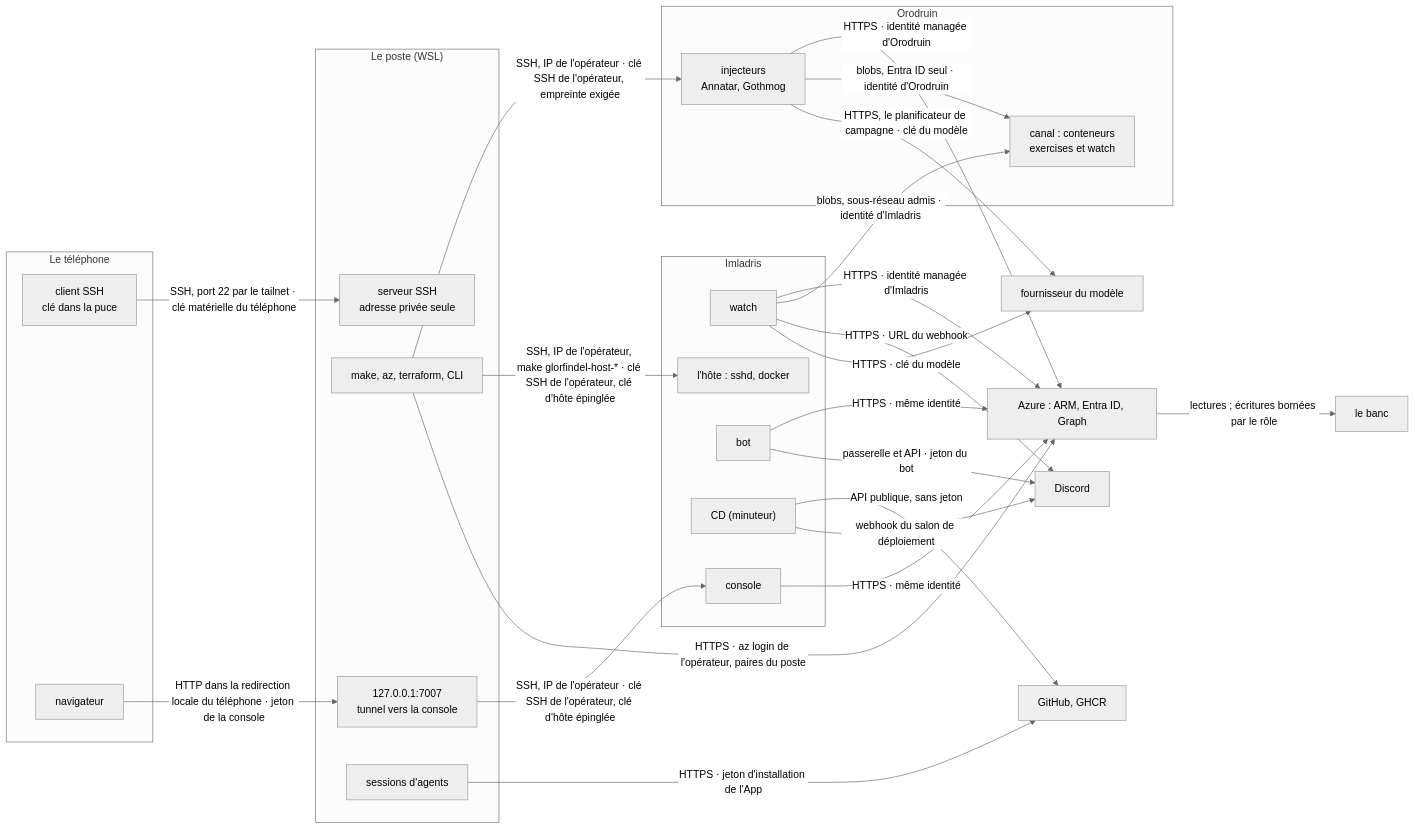
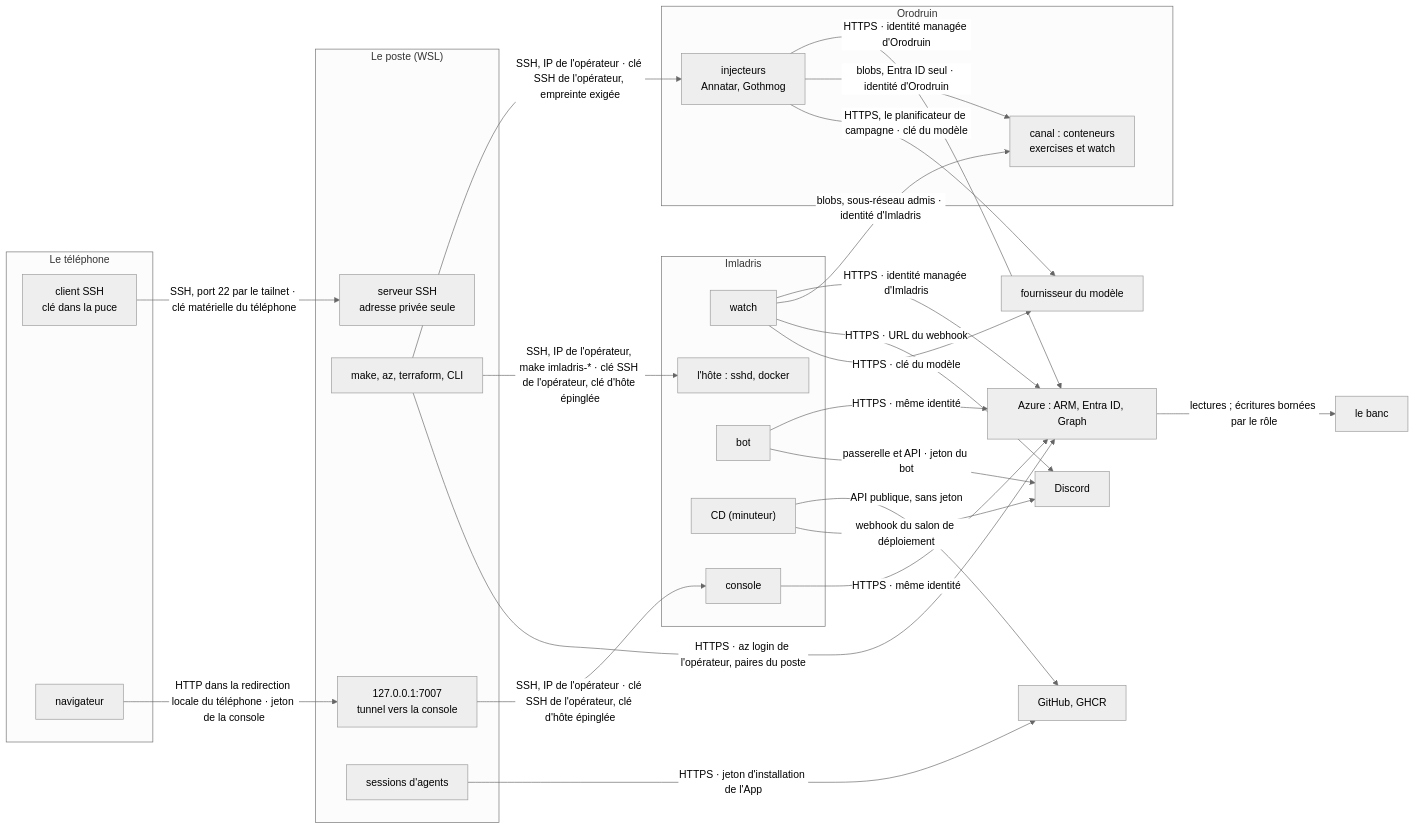
The first of 4 diagrams in docs/design/identites.md (grootcyber/eregion), drawn with Mermaid (neutral theme) before and after one commit. The commit also changed other lines of this file and 96 other files, not shown here.

First line of the commit message:
feat(imladris): toutes les commandes d'Imladris sous make imladris-*, les anciens noms en alias muets (IML1b)

````diff
--- a/docs/design/identites.md
+++ b/docs/design/identites.md
@@ -42,50 +42,50 @@
 ```mermaid
 flowchart LR
   subgraph TEL["Le téléphone"]
     PH["client SSH<br/>clé dans la puce"]
     NAV["navigateur"]
   end
   subgraph POSTE["Le poste (WSL)"]
     SSHD["serveur SSH<br/>adresse privée seule"]
     CLI["make, az, terraform, CLI"]
     TUN["127.0.0.1:7007<br/>tunnel vers la console"]
     SES["sessions d'agents"]
   end
   subgraph IML["Imladris"]
     W["watch"]
     C["console"]
     B["bot"]
     CD["CD (minuteur)"]
     HOSTI["l'hôte : sshd, docker"]
   end
   subgraph ORO["Orodruin"]
     INJ["injecteurs<br/>Annatar, Gothmog"]
     CHAN["canal : conteneurs<br/>exercises et watch"]
   end
   BENCH["le banc"]
   ARM["Azure : ARM, Entra ID, Graph"]
   DISC["Discord"]
   GH["GitHub, GHCR"]
   LLM["fournisseur du modèle"]
 
   PH -->|"SSH, port 22 par le tailnet · clé matérielle du téléphone"| SSHD
   NAV -->|"HTTP dans la redirection locale du téléphone · jeton de la console"| TUN
   TUN -->|"SSH, IP de l'opérateur · clé SSH de l'opérateur, clé d'hôte épinglée"| C
   CLI -->|"SSH, IP de l'opérateur · clé SSH de l'opérateur, empreinte exigée"| INJ
-  CLI -->|"SSH, IP de l'opérateur, make glorfindel-host-* · clé SSH de l'opérateur, clé d'hôte épinglée"| HOSTI
+  CLI -->|"SSH, IP de l'opérateur, make imladris-* · clé SSH de l'opérateur, clé d'hôte épinglée"| HOSTI
   CLI -->|"HTTPS · az login de l'opérateur, paires du poste"| ARM
   W -->|"HTTPS · identité managée d'Imladris"| ARM
   C -->|"HTTPS · même identité"| ARM
   B -->|"HTTPS · même identité"| ARM
   INJ -->|"HTTPS · identité managée d'Orodruin"| ARM
   ARM -->|"lectures ; écritures bornées par le rôle"| BENCH
   INJ -->|"blobs, Entra ID seul · identité d'Orodruin"| CHAN
   W -->|"blobs, sous-réseau admis · identité d'Imladris"| CHAN
   B -->|"passerelle et API · jeton du bot"| DISC
   W -->|"HTTPS · URL du webhook"| DISC
   W -->|"HTTPS · clé du modèle"| LLM
   INJ -->|"HTTPS, le planificateur de campagne · clé du modèle"| LLM
   CD -->|"API publique, sans jeton"| GH
   CD -->|"webhook du salon de déploiement"| DISC
   SES -->|"HTTPS · jeton d'installation de l'App"| GH
 ```
````
